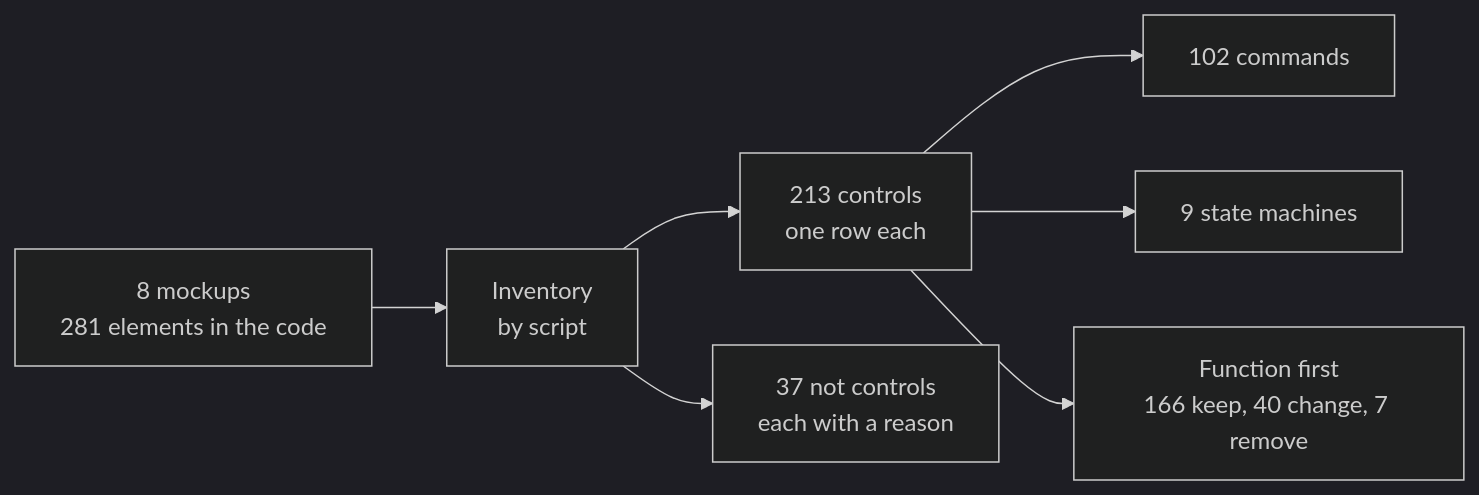
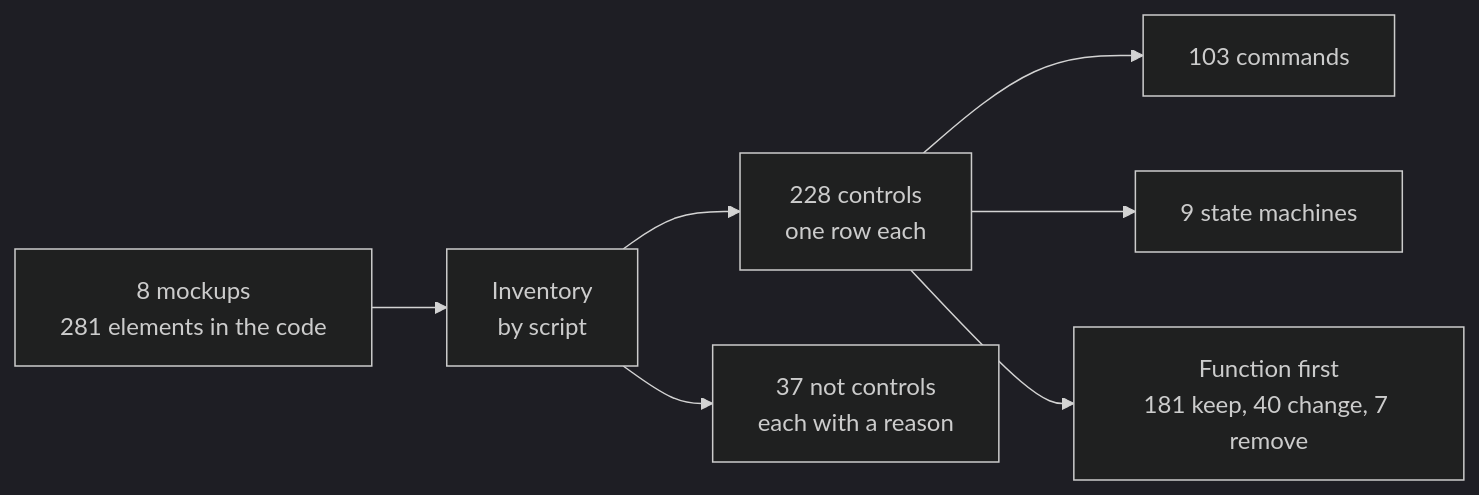
The first of 10 diagrams in docs/design/controls.md (abossard/bossylights), drawn with Mermaid (dark theme) before and after one commit. The commit also changed other lines of this file and 7 other files, not shown here.

````diff
--- a/docs/design/controls.md
+++ b/docs/design/controls.md
@@ -6,9 +6,9 @@
 ```mermaid
 flowchart LR
   M["8 mockups<br/>281 elements in the code"] --> I["Inventory<br/>by script"]
-  I --> R["213 controls<br/>one row each"]
+  I --> R["228 controls<br/>one row each"]
   I --> N["37 not controls<br/>each with a reason"]
-  R --> C["102 commands"]
+  R --> C["103 commands"]
   R --> S["9 state machines"]
-  R --> F["Function first<br/>166 keep, 40 change, 7 remove"]
+  R --> F["Function first<br/>181 keep, 40 change, 7 remove"]
 ```
````
